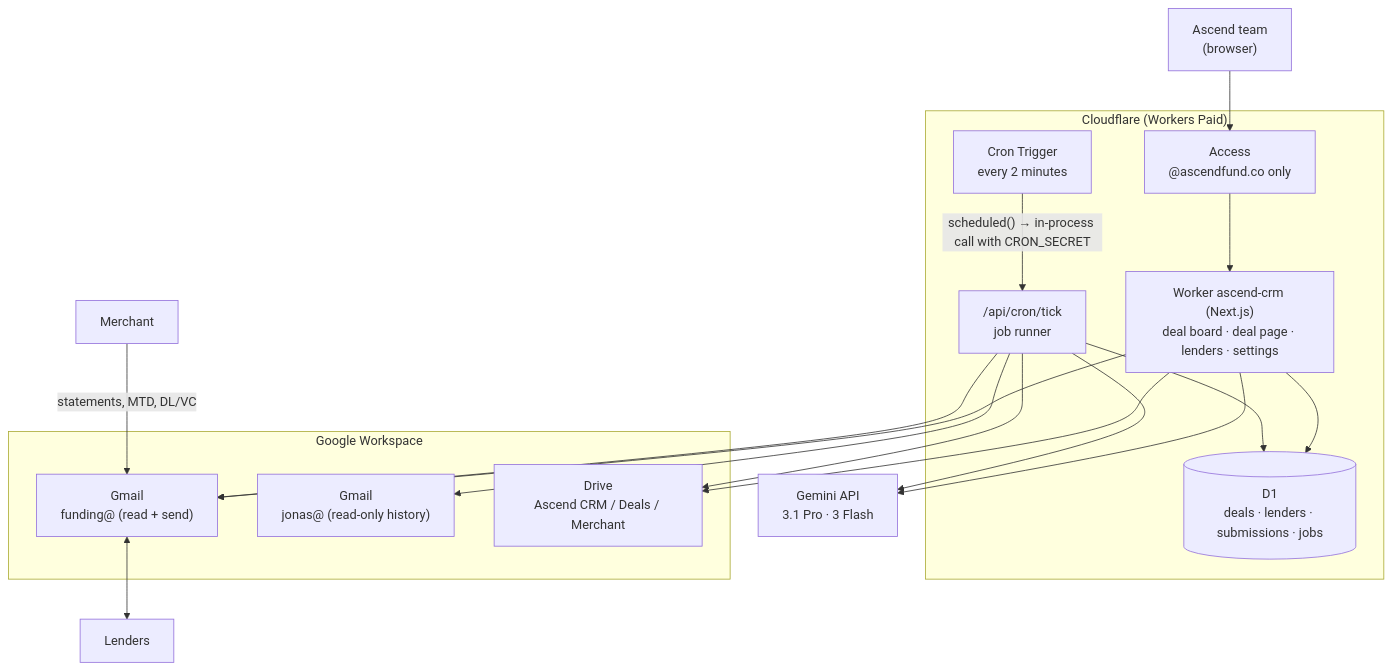
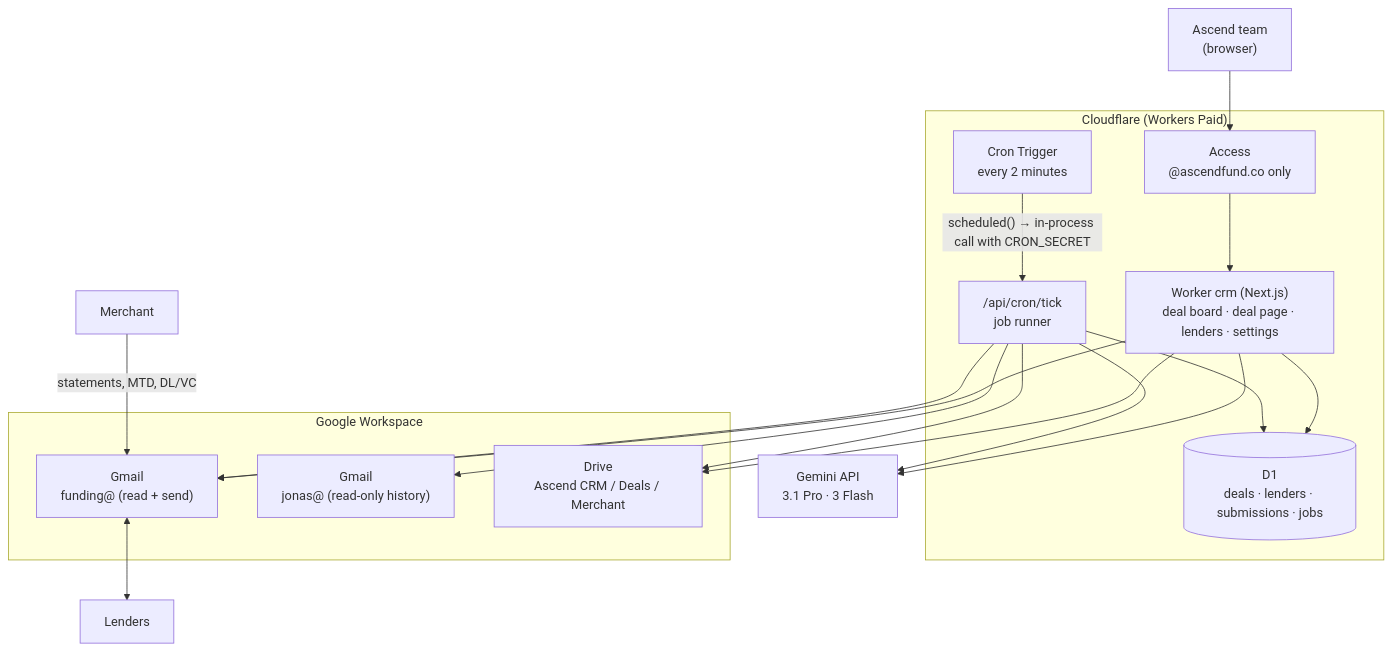
The first of 10 diagrams in docs/ARCHITECTURE.md (dewil95/tutos1), drawn with Mermaid before and after one commit. The commit also changed 7 other files, not shown here.

````diff
--- a/docs/ARCHITECTURE.md
+++ b/docs/ARCHITECTURE.md
@@ -11,33 +11,33 @@
 ```mermaid
 flowchart TB
   team["Ascend team<br/>(browser)"]
 
   subgraph cf["Cloudflare (Workers Paid)"]
     access["Access<br/>@ascendfund.co only"]
-    app["Worker ascend-crm (Next.js)<br/>deal board · deal page · lenders · settings"]
+    app["Worker crm (Next.js)<br/>deal board · deal page · lenders · settings"]
     cron["Cron Trigger<br/>every 2 minutes"]
     tick["/api/cron/tick<br/>job runner"]
     db[("D1<br/>deals · lenders · submissions · jobs")]
   end
 
   subgraph google["Google Workspace"]
     gmail["Gmail<br/>funding@ (read + send)"]
     hist["Gmail<br/>jonas@ (read-only history)"]
     drive["Drive<br/>Ascend CRM / Deals / Merchant"]
   end
 
   gemini["Gemini API<br/>3.1 Pro · 3 Flash"]
   lenders["Lenders"]
   merchant["Merchant"]
 
   team --> access --> app
   app --> db
   cron -- "scheduled() → in-process call with CRON_SECRET" --> tick
   tick --> db
   app & tick --> gmail
   tick --> hist
   app & tick --> drive
   app & tick --> gemini
   gmail <--> lenders
   merchant -- "statements, MTD, DL/VC" --> gmail
 ```
````
